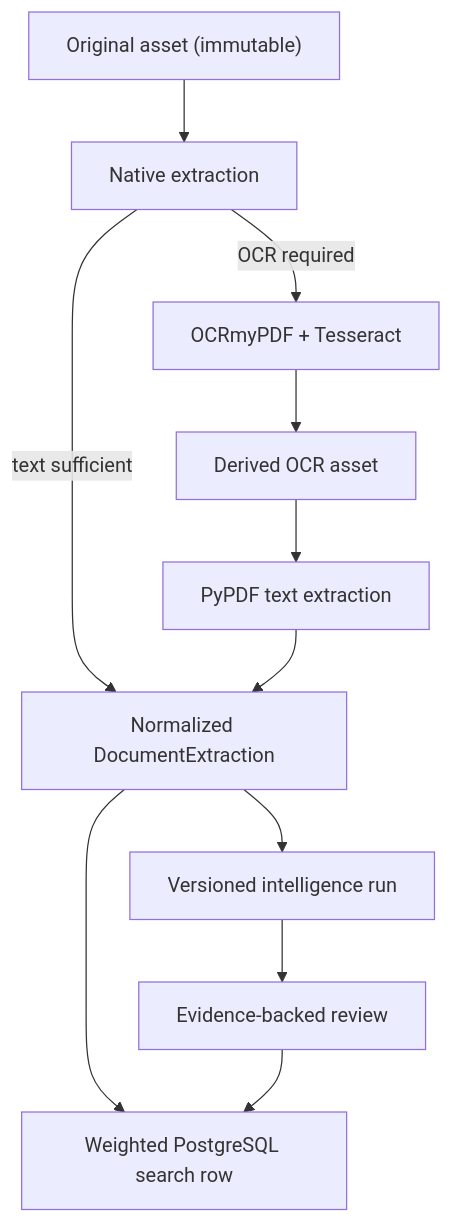
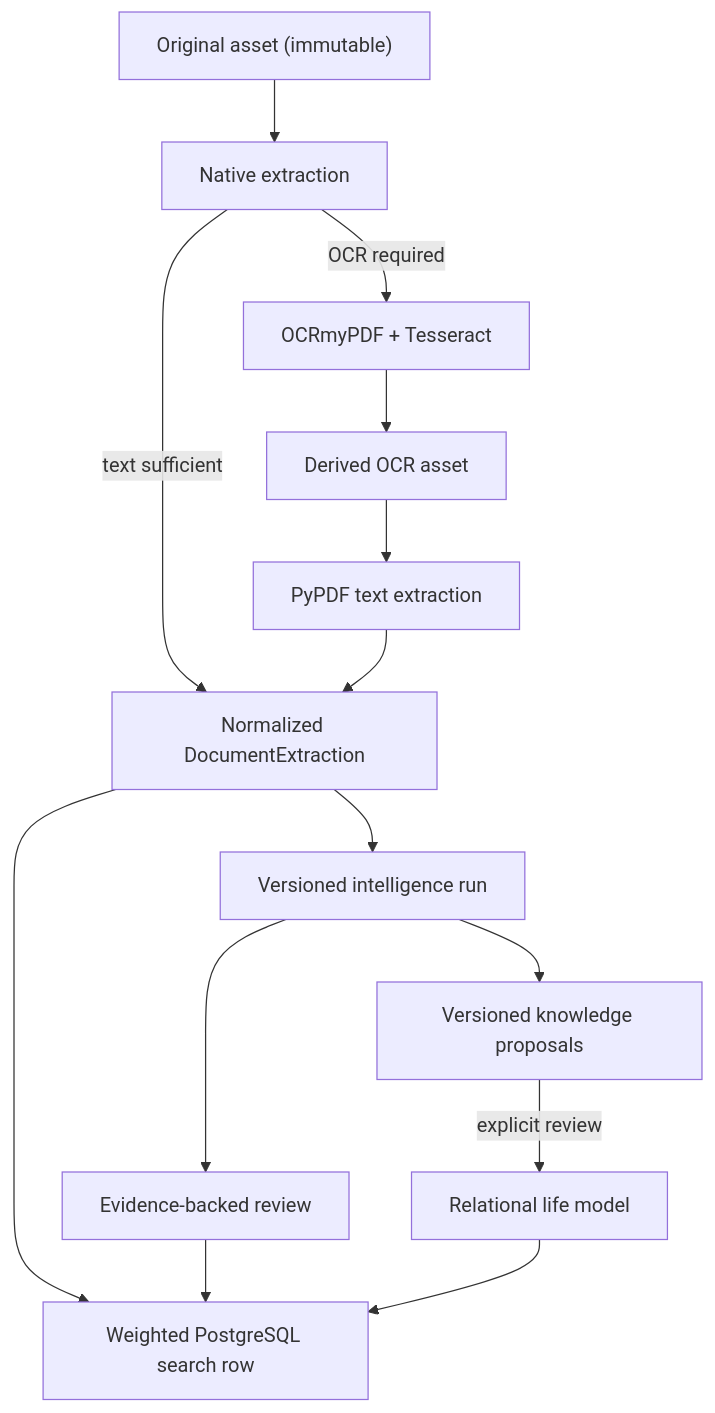
Before and after one commit to maxsmolka/private-document-intelligence: the third of 3 diagrams in docs/ARCHITECTURE.md, drawn with Mermaid. The commit also changed other lines of this file and 10 other files, not shown here.

Commit message:
docs: document milestone 5 knowledge architecture

````diff
--- a/docs/ARCHITECTURE.md
+++ b/docs/ARCHITECTURE.md
@@ -66,13 +66,16 @@
 ```mermaid
 flowchart TD
     O["Original asset (immutable)"] --> N["Native extraction"]
     N -->|"text sufficient"| E["Normalized DocumentExtraction"]
     N -->|"OCR required"| R["OCRmyPDF + Tesseract"]
     R --> D["Derived OCR asset"]
     D --> P["PyPDF text extraction"]
     P --> E
     E --> I["Versioned intelligence run"]
     I --> V["Evidence-backed review"]
     E --> X["Weighted PostgreSQL search row"]
     V --> X
+    I --> K["Versioned knowledge proposals"]
+    K -->|"explicit review"| L["Relational life model"]
+    L --> X
 ```
````
